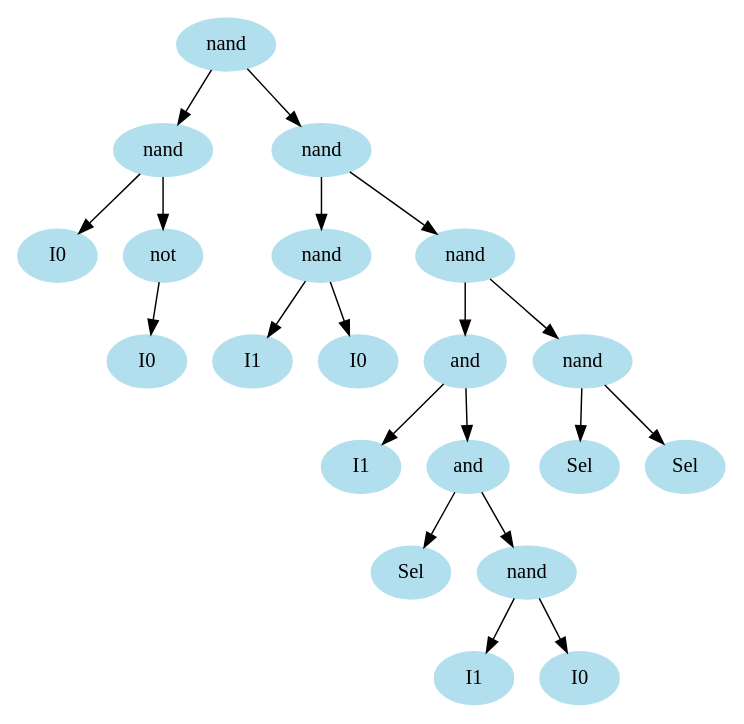
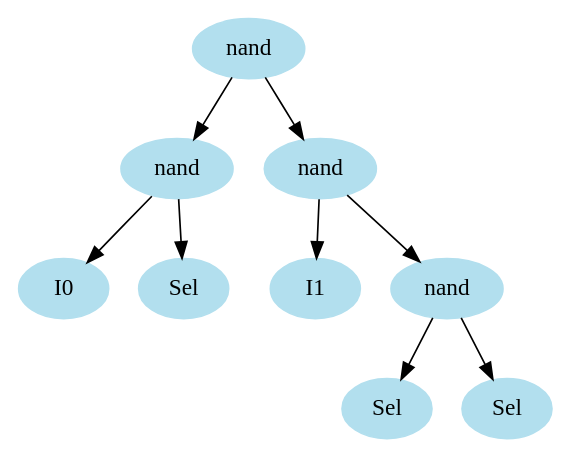
One commit to king2b3/GP changed the diagram in temp/Starting_AST.gv. Above: the diagram before and after it, drawn with Graphviz. The commit also changed 16 other files, not shown here.

```diff
--- a/temp/Starting_AST.gv
+++ b/temp/Starting_AST.gv
@@ -1,43 +1,21 @@
 digraph unix {
 	node [color=lightblue2 style=filled]
 	size="6,6"
 	gate_0 [label=nand]
 	gate_1 [label=nand]
 	ins_0 [label=I0]
-	gate_2 [label=not]
-	ins_1 [label=I0]
+	ins_1 [label=Sel]
+	gate_2 [label=nand]
+	ins_2 [label=I1]
 	gate_3 [label=nand]
-	gate_4 [label=nand]
-	ins_2 [label=I1]
-	ins_3 [label=I0]
-	gate_5 [label=nand]
-	gate_6 [label=and]
-	ins_4 [label=I1]
-	gate_7 [label=and]
-	ins_5 [label=Sel]
-	gate_8 [label=nand]
-	ins_6 [label=I1]
-	ins_7 [label=I0]
-	gate_9 [label=nand]
-	ins_8 [label=Sel]
-	ins_9 [label=Sel]
+	ins_3 [label=Sel]
+	ins_4 [label=Sel]
 	gate_0 -> gate_1
-	gate_0 -> gate_3
+	gate_0 -> gate_2
 	gate_1 -> ins_0
-	gate_1 -> gate_2
-	gate_2 -> ins_1
-	gate_3 -> gate_4
-	gate_3 -> gate_5
-	gate_4 -> ins_2
-	gate_4 -> ins_3
-	gate_5 -> gate_6
-	gate_5 -> gate_9
-	gate_6 -> ins_4
-	gate_6 -> gate_7
-	gate_7 -> ins_5
-	gate_7 -> gate_8
-	gate_8 -> ins_6
-	gate_8 -> ins_7
-	gate_9 -> ins_8
-	gate_9 -> ins_9
+	gate_1 -> ins_1
+	gate_2 -> ins_2
+	gate_2 -> gate_3
+	gate_3 -> ins_3
+	gate_3 -> ins_4
 }
```
